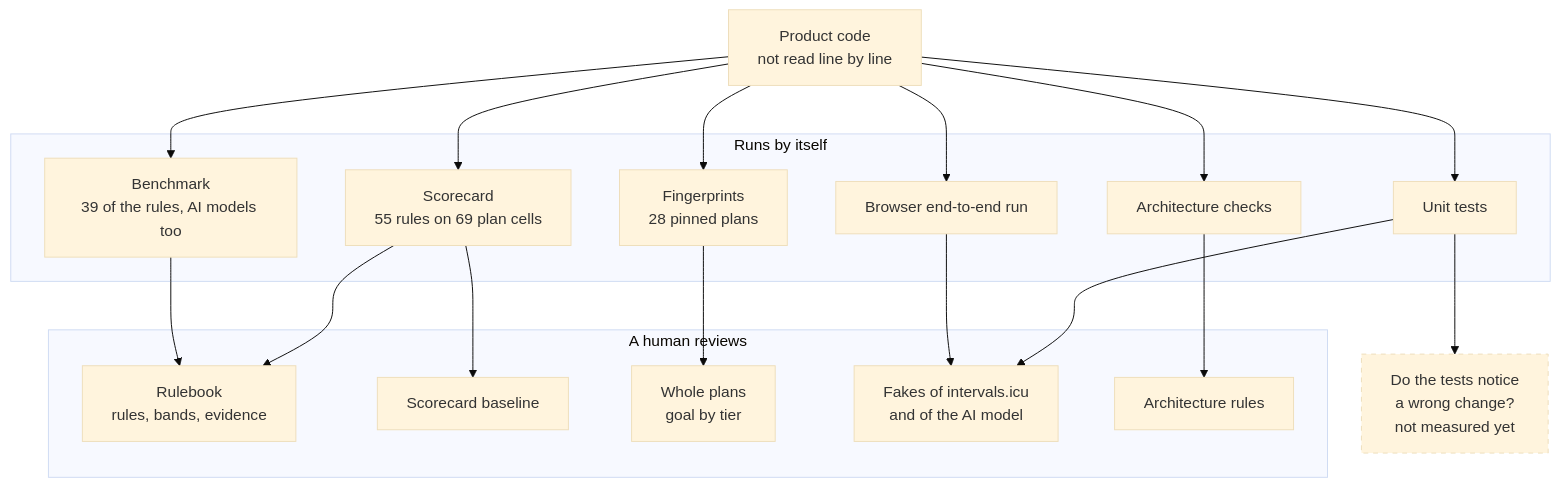
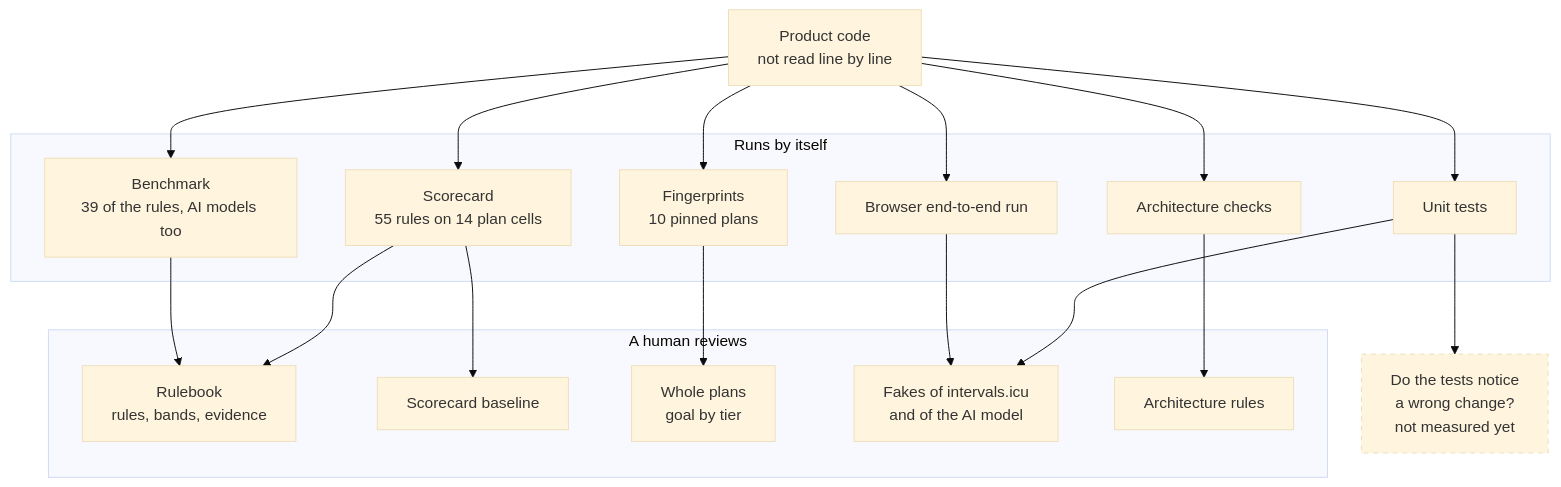
One commit to endury/endury changed the diagram in docs/quality/README.md. Above: the diagram before and after it, drawn with Mermaid (base theme). The commit also changed other lines of this file and 66 other files, not shown here.

````diff
--- a/docs/quality/README.md
+++ b/docs/quality/README.md
@@ -12,33 +12,33 @@
 ```mermaid
 flowchart TD
   code["Product code<br/>not read line by line"]
 
   subgraph checks["Runs by itself"]
     tests["Unit tests"]
-    fp["Fingerprints<br/>28 pinned plans"]
-    sc["Scorecard<br/>55 rules on 69 plan cells"]
+    fp["Fingerprints<br/>10 pinned plans"]
+    sc["Scorecard<br/>55 rules on 14 plan cells"]
     bench["Benchmark<br/>39 of the rules, AI models too"]
     arch["Architecture checks"]
     e2e["Browser end-to-end run"]
   end
 
   subgraph human["A human reviews"]
     rb["Rulebook<br/>rules, bands, evidence"]
     base["Scorecard baseline"]
     plans["Whole plans<br/>goal by tier"]
     fakes["Fakes of intervals.icu<br/>and of the AI model"]
     rules["Architecture rules"]
   end
 
   open["Do the tests notice<br/>a wrong change?<br/>not measured yet"]:::open
 
   code --> tests & fp & sc & bench & arch & e2e
   tests --> fakes
   tests --> open
   e2e --> fakes
   fp --> plans
   sc --> rb & base
   bench --> rb
   arch --> rules
   classDef open stroke-dasharray: 5 5
 ```
````
